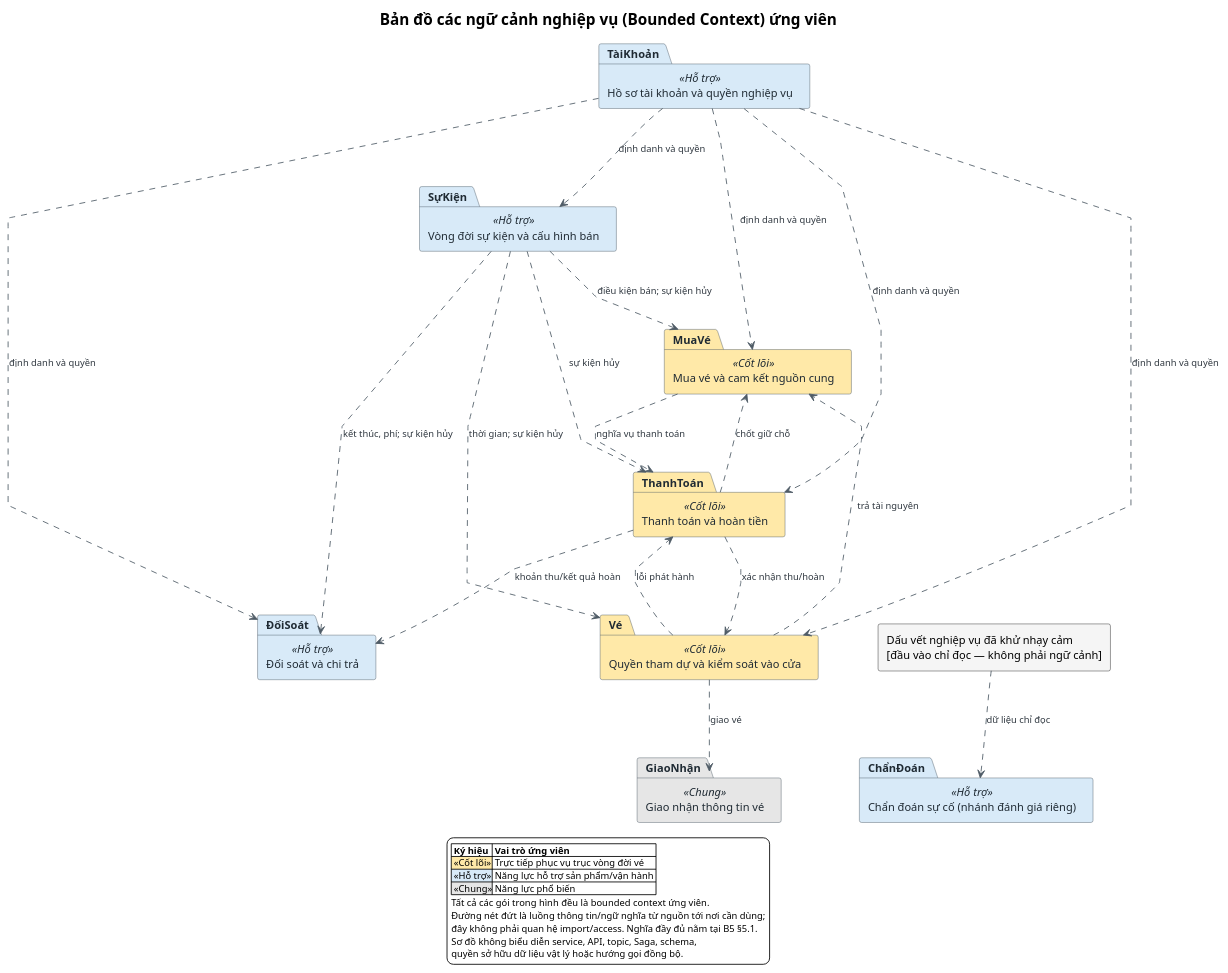
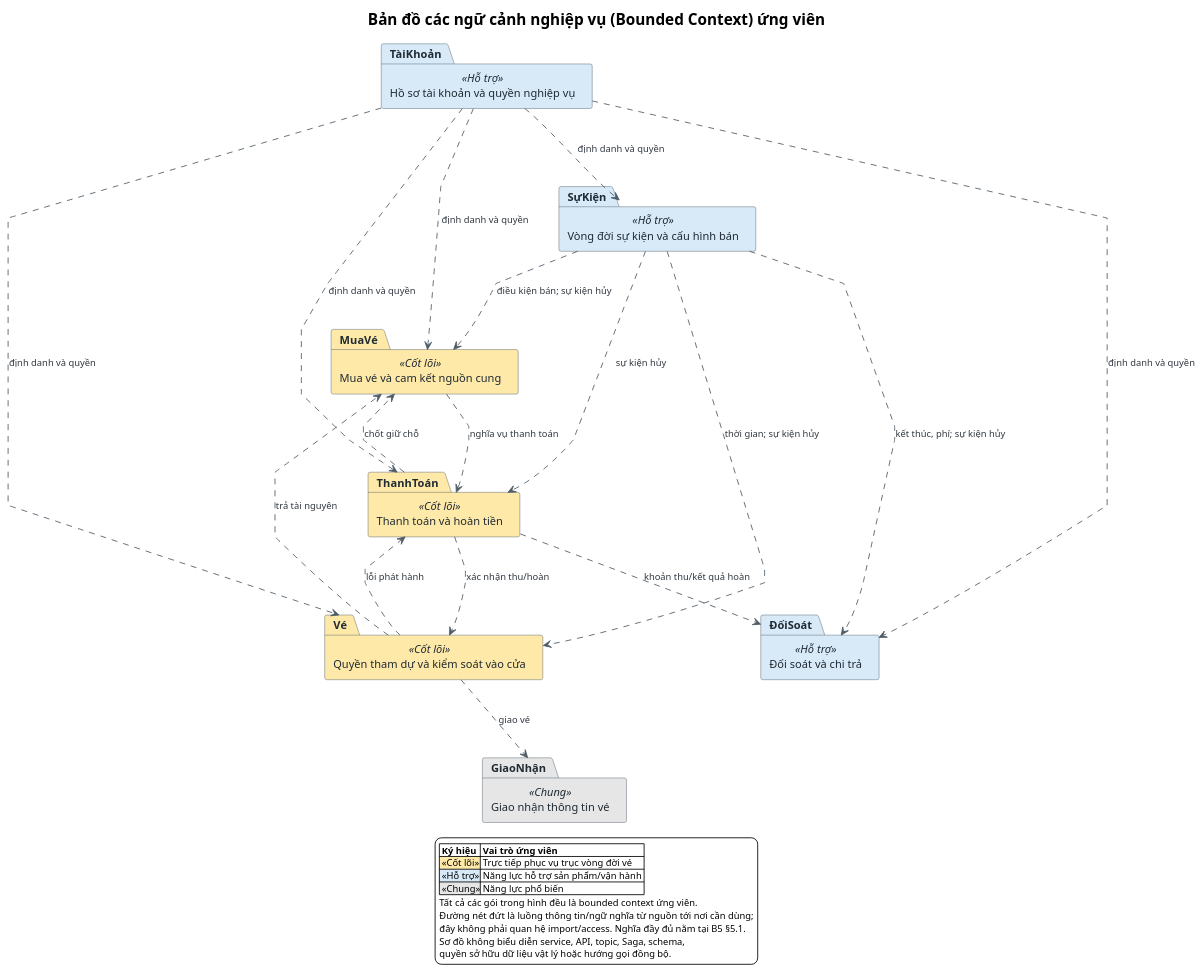
The diagram in docs/diagrams/src/B5-01-bounded-context-map.puml (levanminh04/flash-ticket-platform), drawn with PlantUML before and after one commit. The commit also changed 52 other files, not shown here.

```diff
--- a/docs/diagrams/src/B5-01-bounded-context-map.puml
+++ b/docs/diagrams/src/B5-01-bounded-context-map.puml
@@ -1,86 +1,79 @@
 @startuml
 title Bản đồ các ngữ cảnh nghiệp vụ (Bounded Context) ứng viên
 
 ' FORMATION: biểu diễn trực quan đúng nội dung B5 hiện hành đã APPROVED.
 ' Tên nghiệp vụ là nhãn chính; mã BC-CAND-* chỉ dùng trong bảng truy vết B5.
 ' Mỗi package là bounded context ứng viên, không phải service hoặc schema vật lý.
 
 top to bottom direction
 skinparam backgroundColor white
 skinparam shadowing false
 skinparam packageStyle rectangle
 skinparam linetype polyline
 skinparam defaultFontSize 13
 skinparam TitleFontSize 18
 skinparam LegendFontSize 11
 skinparam nodesep 70
 skinparam ranksep 75
 skinparam ArrowColor #4F5B66
 skinparam ArrowFontColor #303840
 skinparam ArrowFontSize 11
 skinparam PackageBorderColor #46535F
 skinparam PackageFontColor #1F2A33
 skinparam PackageFontSize 13
 
 package TàiKhoản as "Hồ sơ tài khoản và quyền nghiệp vụ" <<Hỗ trợ>> #D8EAF8
 
 package SựKiện as "Vòng đời sự kiện và cấu hình bán" <<Hỗ trợ>> #D8EAF8
 
 package MuaVé as "Mua vé và cam kết nguồn cung" <<Cốt lõi>> #FFE9A8
 
 package ThanhToán as "Thanh toán và hoàn tiền" <<Cốt lõi>> #FFE9A8
 
 package Vé as "Quyền tham dự và kiểm soát vào cửa" <<Cốt lõi>> #FFE9A8
 
 package ĐốiSoát as "Đối soát và chi trả" <<Hỗ trợ>> #D8EAF8
 
 package GiaoNhận as "Giao nhận thông tin vé" <<Chung>> #E6E6E6
 
-package ChẩnĐoán as "Chẩn đoán sự cố (nhánh đánh giá riêng)" <<Hỗ trợ>> #D8EAF8
-
-rectangle "Dấu vết nghiệp vụ đã khử nhạy cảm\n[đầu vào chỉ đọc — không phải ngữ cảnh]" as TRACE #F5F5F5
-
 ' Các quan hệ ngữ nghĩa đã được truy vết tại B5 §5.1.
 TàiKhoản ..> SựKiện : định danh và quyền
 TàiKhoản ..> MuaVé : định danh và quyền
 TàiKhoản ..> ThanhToán : định danh và quyền
 TàiKhoản ..> Vé : định danh và quyền
 TàiKhoản ..> ĐốiSoát : định danh và quyền
 
 SựKiện ..> MuaVé : điều kiện bán; sự kiện hủy
 SựKiện ..> ThanhToán : sự kiện hủy
 SựKiện ..> Vé : thời gian; sự kiện hủy
 SựKiện ..> ĐốiSoát : kết thúc, phí; sự kiện hủy
 
 MuaVé ..> ThanhToán : nghĩa vụ thanh toán
 
 ThanhToán ..> MuaVé : chốt giữ chỗ
 ThanhToán ..> Vé : xác nhận thu/hoàn
 ThanhToán ..> ĐốiSoát : khoản thu/kết quả hoàn
 
 Vé ..> ThanhToán : lỗi phát hành
 Vé ..> MuaVé : trả tài nguyên
 Vé ..> GiaoNhận : giao vé
 
-TRACE ..> ChẩnĐoán : dữ liệu chỉ đọc
-
 ' Quan hệ ẩn chỉ điều khiển bố cục, không mang nghĩa miền.
 TàiKhoản -[hidden]down-> SựKiện
 MuaVé -[hidden]right-> ThanhToán
 ThanhToán -[hidden]right-> Vé
 ĐốiSoát -[hidden]right-> GiaoNhận
-GiaoNhận -[hidden]right-> ChẩnĐoán
 
 legend bottom
   |= Ký hiệu |= Vai trò ứng viên |
   |<#FFE9A8> «Cốt lõi»| Trực tiếp phục vụ trục vòng đời vé |
   |<#D8EAF8> «Hỗ trợ»| Năng lực hỗ trợ sản phẩm/vận hành |
   |<#E6E6E6> «Chung»| Năng lực phổ biến |
   Tất cả các gói trong hình đều là bounded context ứng viên.
   Đường nét đứt là luồng thông tin/ngữ nghĩa từ nguồn tới nơi cần dùng;
   đây không phải quan hệ import/access. Nghĩa đầy đủ nằm tại B5 §5.1.
   Sơ đồ không biểu diễn service, API, topic, Saga, schema,
   quyền sở hữu dữ liệu vật lý hoặc hướng gọi đồng bộ.
 endlegend
 
 @enduml
```
